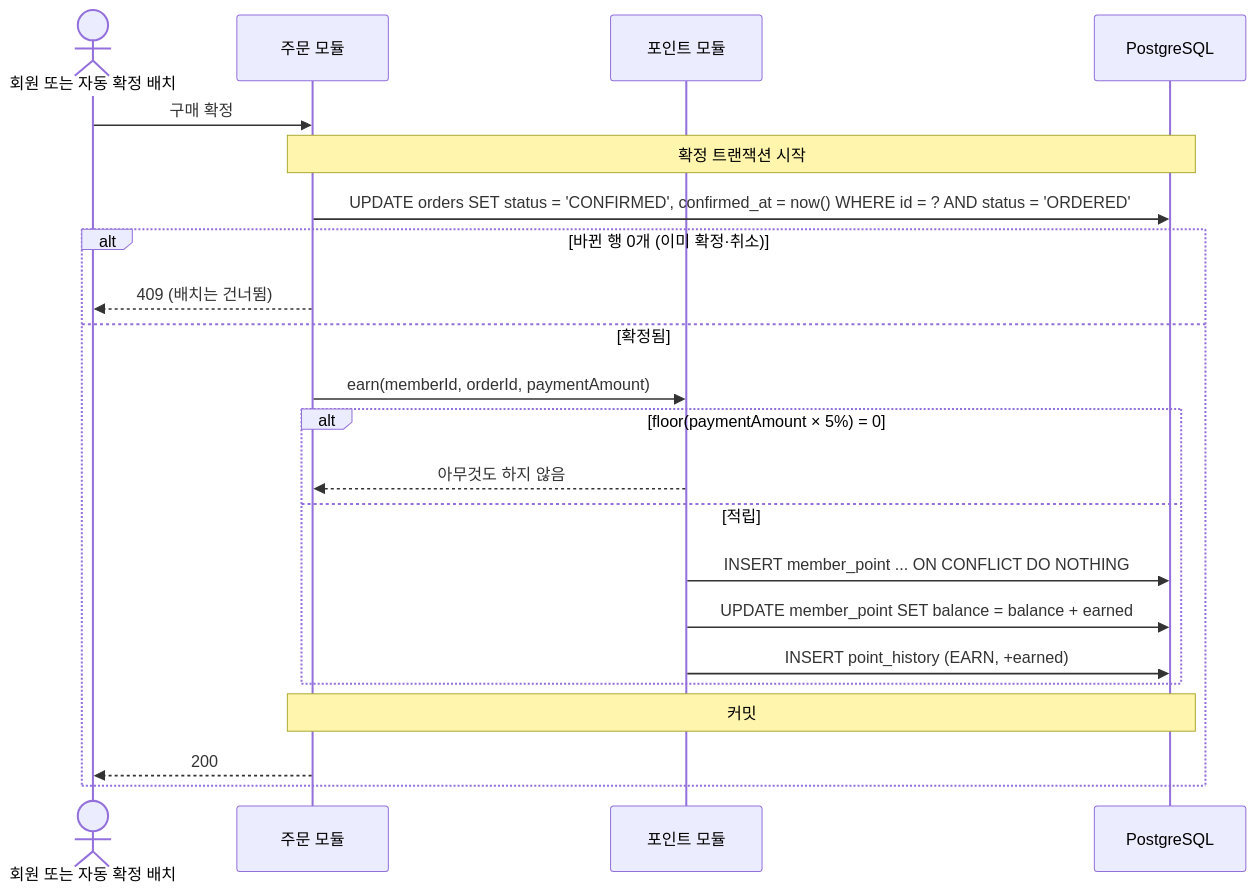
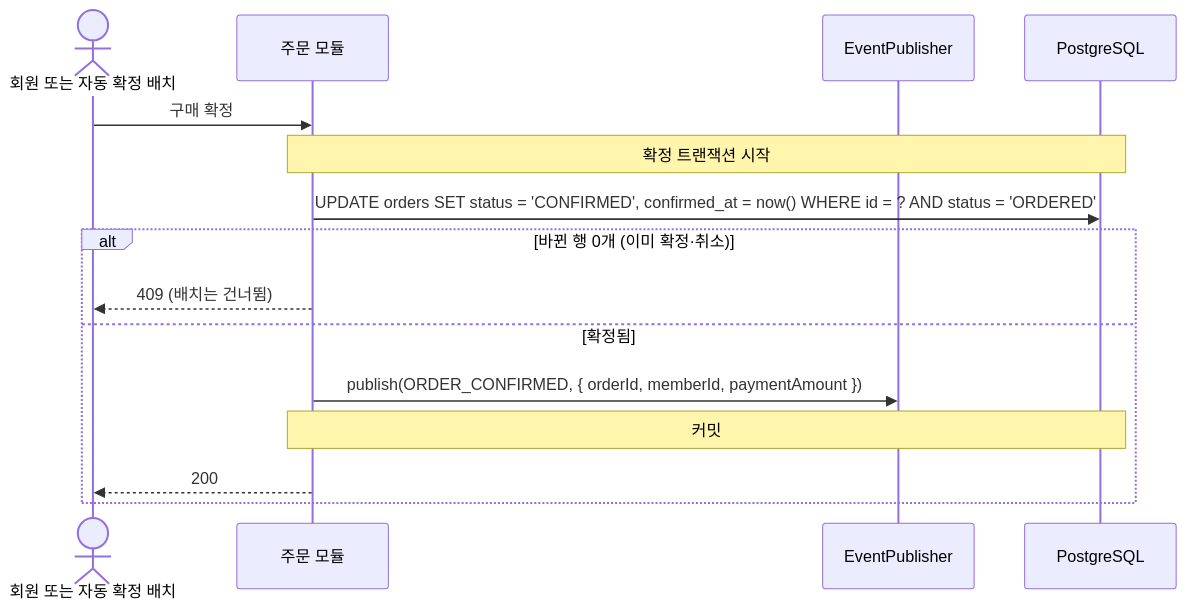
Before and after one commit to KAPUIST/flash-gate: the third of 6 diagrams in docs/features/point/flows.md, drawn with Mermaid. The commit also changed other lines of this file and 25 other files, not shown here.

````diff
--- a/docs/features/point/flows.md
+++ b/docs/features/point/flows.md
@@ -135,25 +138,18 @@
 ```mermaid
 sequenceDiagram
     actor U as 회원 또는 자동 확정 배치
     participant O as 주문 모듈
-    participant P as 포인트 모듈
+    participant E as EventPublisher
     participant D as PostgreSQL
 
     U->>O: 구매 확정
     Note over O,D: 확정 트랜잭션 시작
     O->>D: UPDATE orders SET status = 'CONFIRMED', confirmed_at = now() WHERE id = ? AND status = 'ORDERED'
     alt 바뀐 행 0개 (이미 확정·취소)
         O-->>U: 409 (배치는 건너뜀)
     else 확정됨
-        O->>P: earn(memberId, orderId, paymentAmount)
-        alt floor(paymentAmount × 5%) = 0
-            P-->>O: 아무것도 하지 않음
-        else 적립
-            P->>D: INSERT member_point ... ON CONFLICT DO NOTHING
-            P->>D: UPDATE member_point SET balance = balance + earned
-            P->>D: INSERT point_history (EARN, +earned)
-        end
+        O->>E: publish(ORDER_CONFIRMED, { orderId, memberId, paymentAmount })
         Note over O,D: 커밋
         O-->>U: 200
     end
 ```
````
